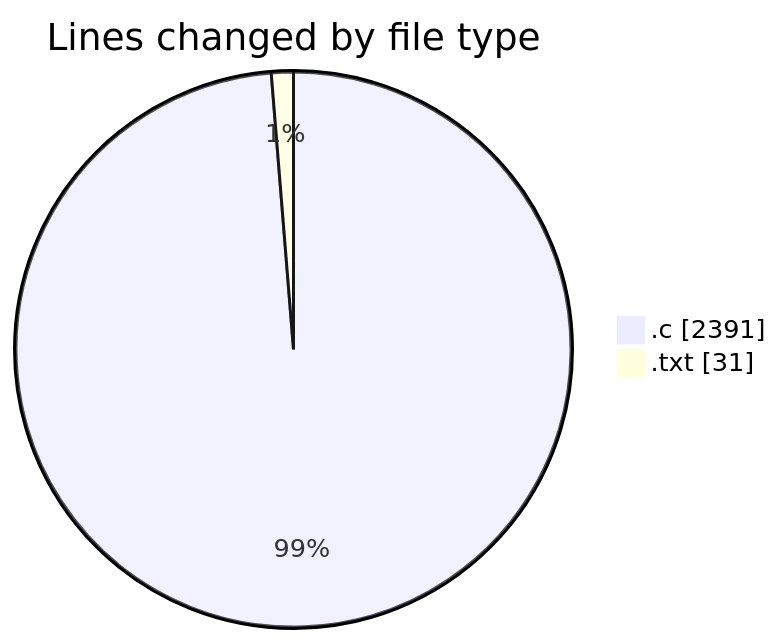
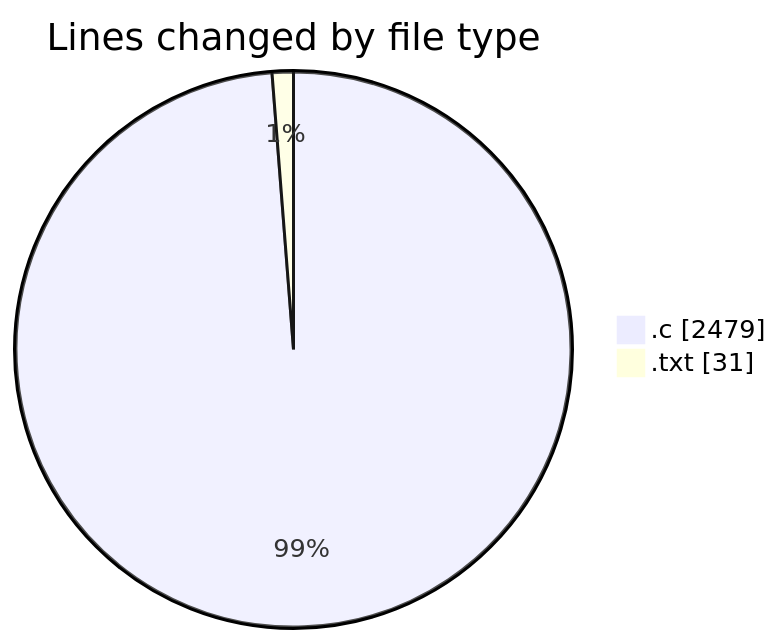
The first of 2 diagrams in 2025-01-26/search/README.md (Ritupan-Deka/code-tracking), drawn with Mermaid before and after one commit. The commit also changed other lines of this file and 1 other file, not shown here.

````diff
--- a/2025-01-26/search/README.md
+++ b/2025-01-26/search/README.md
@@ -22,6 +22,6 @@
 ```mermaid
 pie showData
 title Lines changed by file type
-".c" : 2391
+".c" : 2479
 ".txt" : 31
 ```
````
